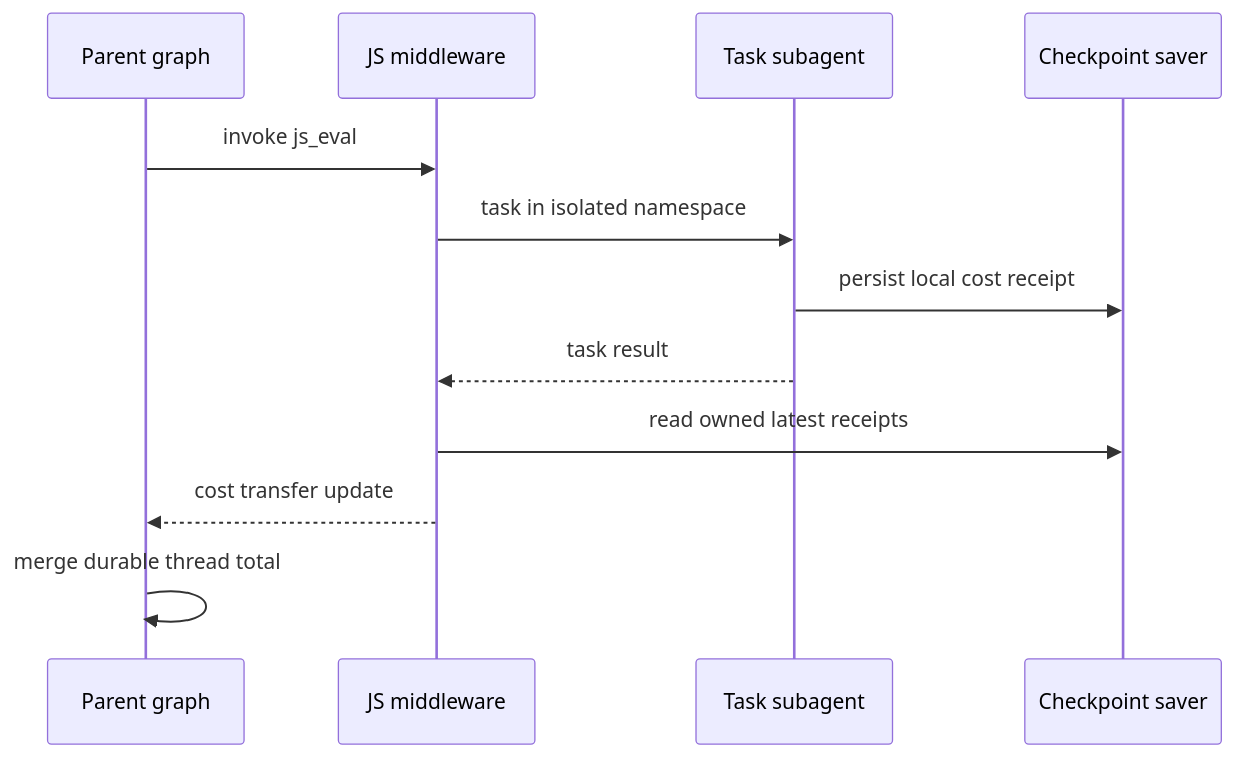
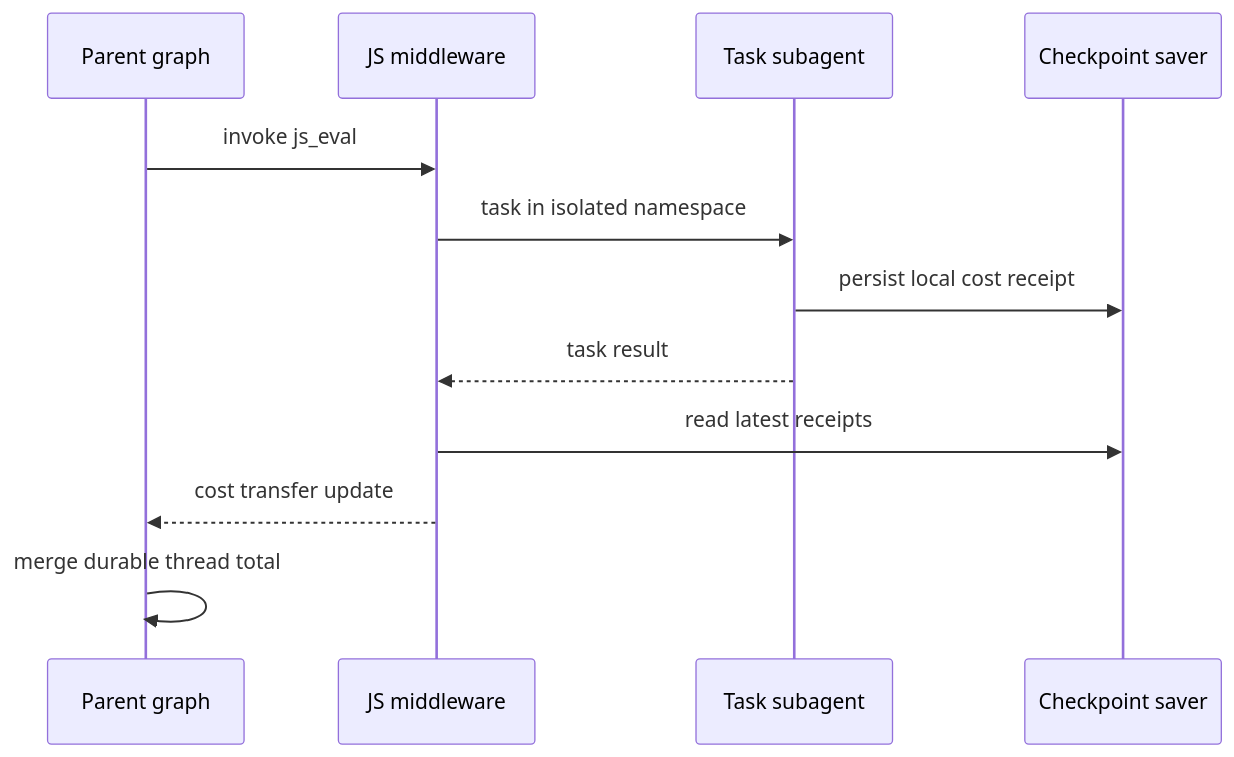
Before and after one commit to langchain-ai/deepagents: the second of 3 diagrams in openwiki/operations/cost-and-sessions.md, drawn with Mermaid. The commit also changed other lines of this file and 33 other files, not shown here.

````diff
--- a/openwiki/operations/cost-and-sessions.md
+++ b/openwiki/operations/cost-and-sessions.md
@@ -70,14 +86,14 @@
 ```mermaid
 sequenceDiagram
     participant Parent as Parent graph
     participant JS as JS middleware
     participant Child as Task subagent
     participant Saver as Checkpoint saver
     Parent->>JS: invoke js_eval
     JS->>Child: task in isolated namespace
     Child->>Saver: persist local cost receipt
     Child-->>JS: task result
-    JS->>Saver: read owned latest receipts
+    JS->>Saver: read latest receipts
     JS-->>Parent: cost transfer update
     Parent->>Parent: merge durable thread total
 ```
````
